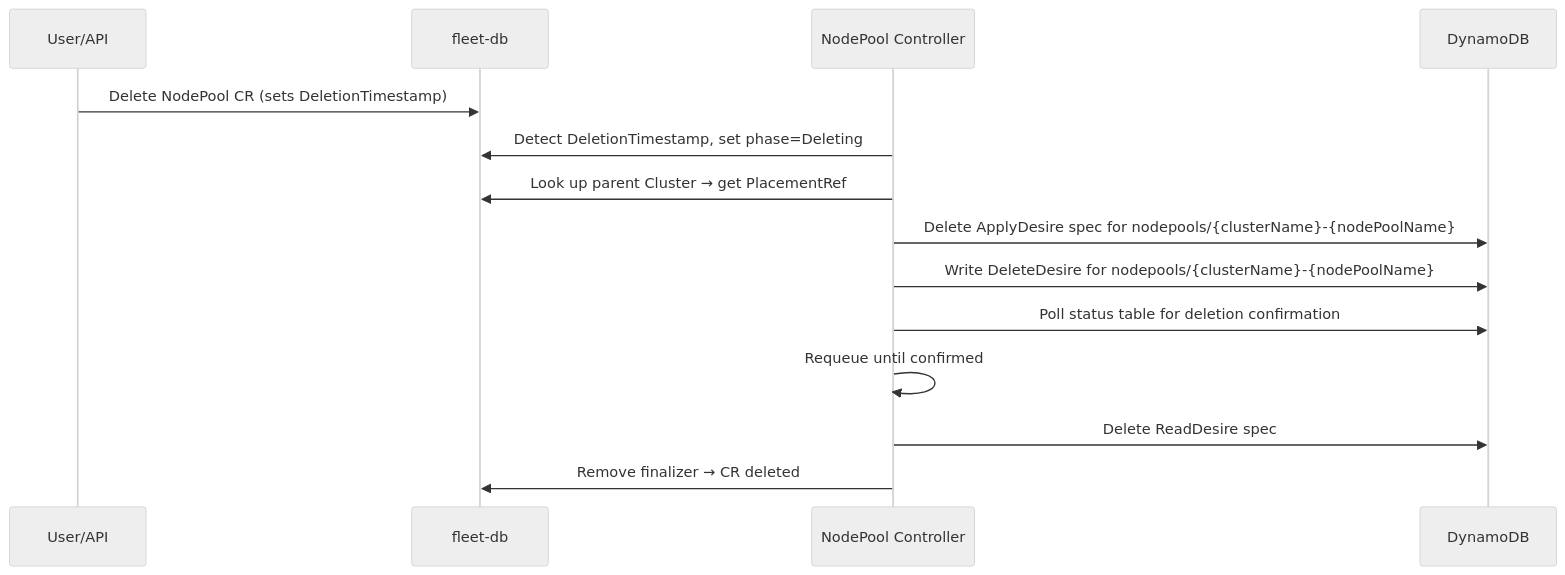
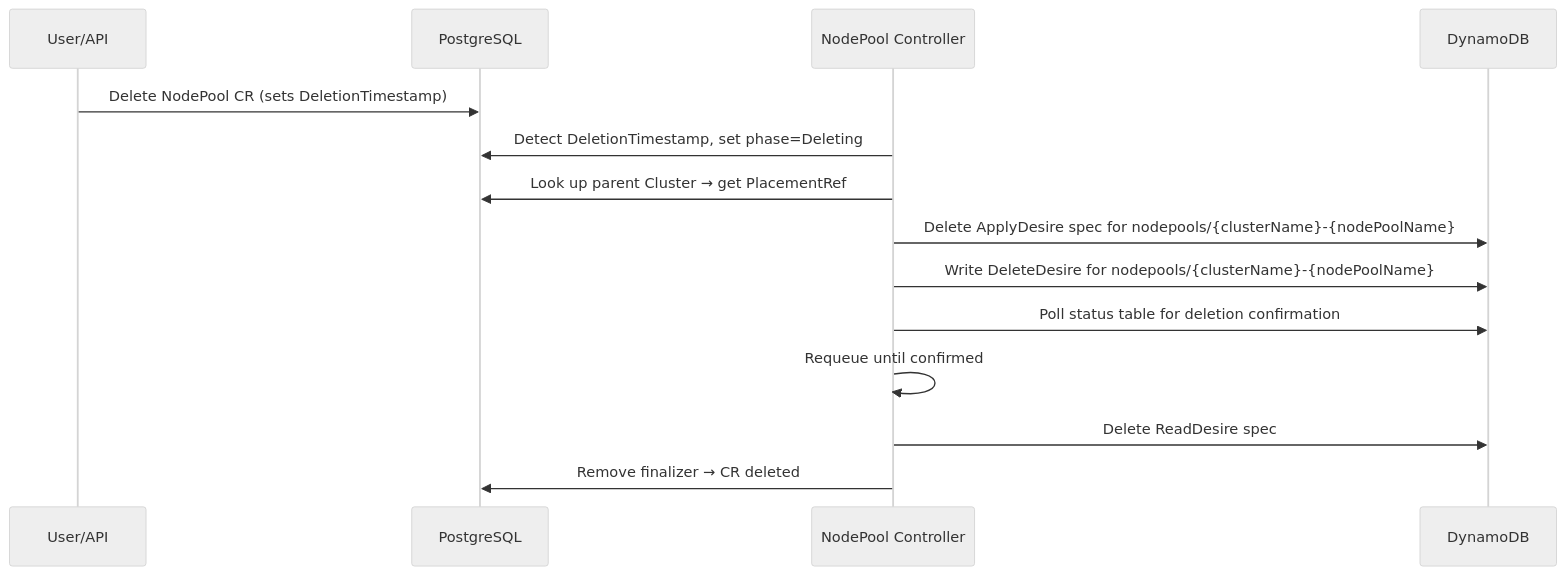
Before and after one commit to typeid/hyperfleet-operator: the second of 2 diagrams in docs/nodepool-controller.md, drawn with Mermaid (neutral theme). The commit also changed other lines of this file and 46 other files, not shown here.

````diff
--- a/docs/nodepool-controller.md
+++ b/docs/nodepool-controller.md
@@ -46,17 +57,17 @@
 ```mermaid
 sequenceDiagram
     participant User as User/API
-    participant FDB as fleet-db
+    participant PG as PostgreSQL
     participant NPC as NodePool Controller
     participant DDB as DynamoDB
 
-    User->>FDB: Delete NodePool CR (sets DeletionTimestamp)
-    NPC->>FDB: Detect DeletionTimestamp, set phase=Deleting
-    NPC->>FDB: Look up parent Cluster → get PlacementRef
+    User->>PG: Delete NodePool CR (sets DeletionTimestamp)
+    NPC->>PG: Detect DeletionTimestamp, set phase=Deleting
+    NPC->>PG: Look up parent Cluster → get PlacementRef
     NPC->>DDB: Delete ApplyDesire spec for nodepools/{clusterName}-{nodePoolName}
     NPC->>DDB: Write DeleteDesire for nodepools/{clusterName}-{nodePoolName}
     NPC->>DDB: Poll status table for deletion confirmation
     NPC->>NPC: Requeue until confirmed
     NPC->>DDB: Delete ReadDesire spec
-    NPC->>FDB: Remove finalizer → CR deleted
+    NPC->>PG: Remove finalizer → CR deleted
 ```
````
